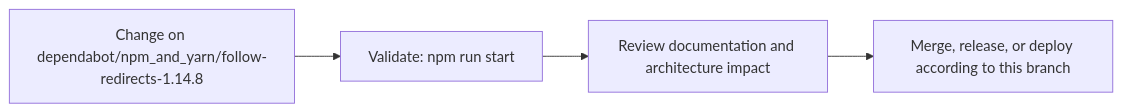
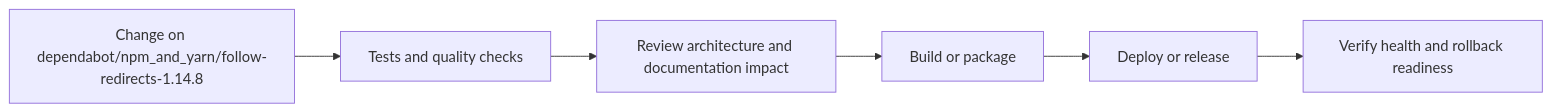
One commit to Nischhalsubba/wp_Theme_Ronal changed the fourth of 5 diagrams in README.md. Above: the diagram before and after it, drawn with Mermaid. The commit also changed other lines of this file, not shown here.

````diff
--- a/README.md
+++ b/README.md
@@ -69,8 +145,8 @@
 ```mermaid
 flowchart LR
-    CHANGE["Change on dependabot/npm_and_yarn/follow-redirects-1.14.8"]
-    CHECK["Validate: npm run start"]
-    REVIEW["Review documentation and architecture impact"]
-    RELEASE["Merge, release, or deploy according to this branch"]
-    CHANGE --> CHECK --> REVIEW --> RELEASE
+    CHANGE["Change on dependabot/npm_and_yarn/follow-redirects-1.14.8"] --> CHECK["Tests and quality checks"]
+    CHECK --> REVIEW["Review architecture and documentation impact"]
+    REVIEW --> BUILD["Build or package"]
+    BUILD --> DEPLOY["Deploy or release"]
+    DEPLOY --> VERIFY["Verify health and rollback readiness"]
 ```
````
